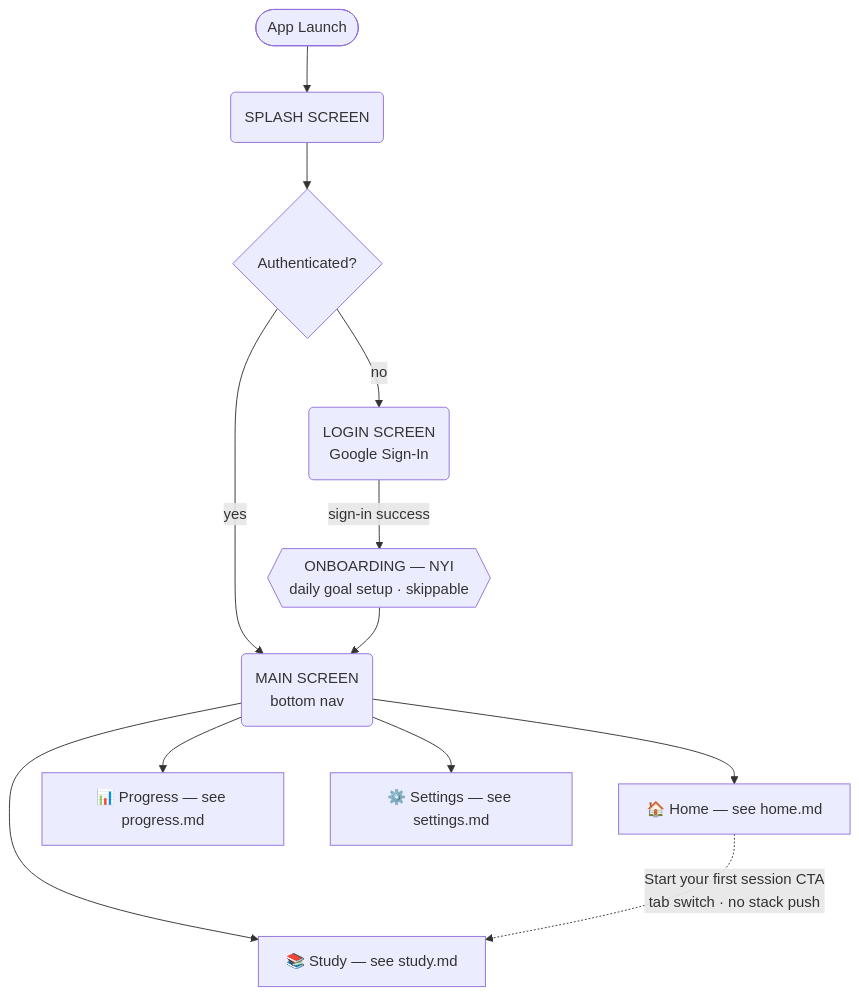
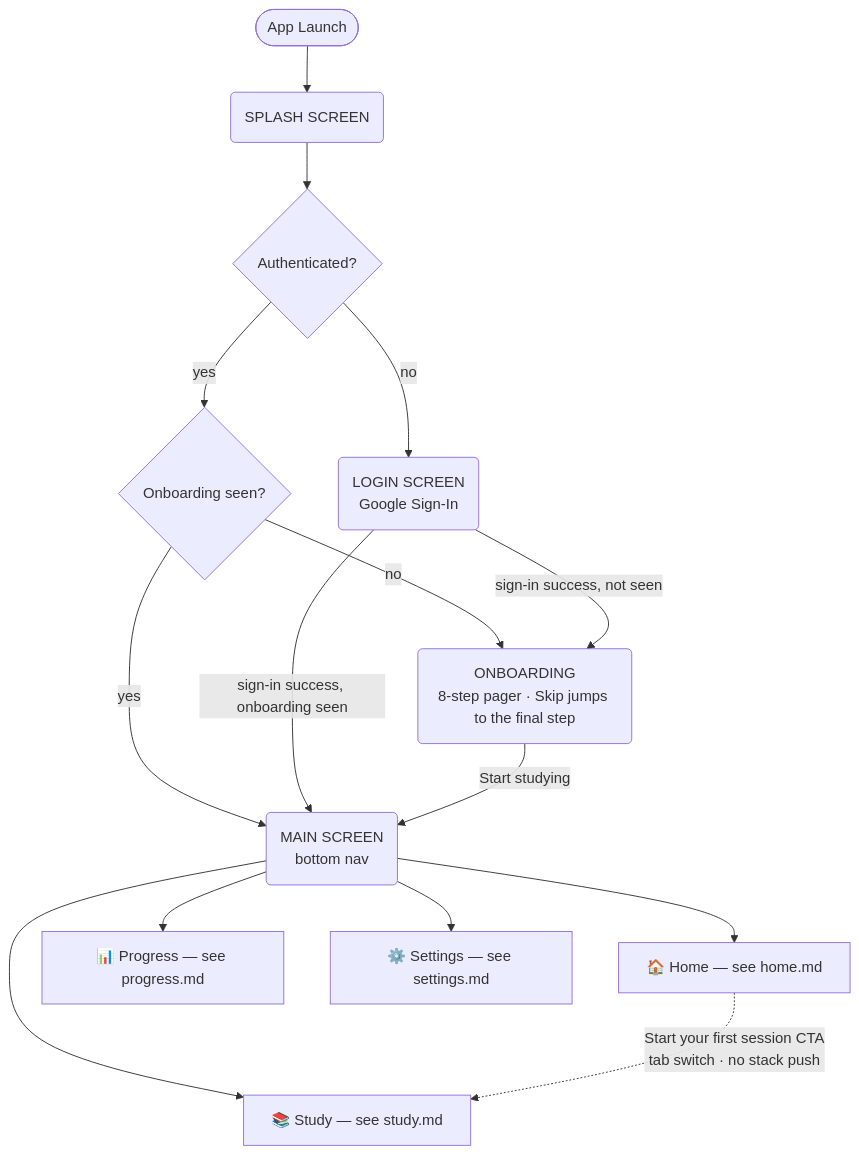
One commit to Haydart/Flashcards changed the diagram in docs/user-flow/main.md. Above: the diagram before and after it, drawn with Mermaid. The commit also changed 1 other file, not shown here.

Commit message:
docs: record onboarding flow implementation notes

````diff
--- a/docs/user-flow/main.md
+++ b/docs/user-flow/main.md
@@ -5,24 +5,27 @@
 ```mermaid
 flowchart TD
 
     %% Legend: (Screen)  [/Action/]  {Decision}  ([Entry/Exit])  {{NYI}}
 
     %% ── App Launch ────────────────────────────────────────────────
     AppLaunch([App Launch]) --> Splash(SPLASH SCREEN)
     Splash --> AuthCheck{Authenticated?}
-    AuthCheck -->|yes| NavRoot
+    AuthCheck -->|yes| SeenCheck{Onboarding seen?}
     AuthCheck -->|no| Login(LOGIN SCREEN\nGoogle Sign-In)
+    SeenCheck -->|yes| NavRoot
+    SeenCheck -->|no| Onboarding
 
-    Login -->|sign-in success| Onboarding{{ONBOARDING — NYI\ndaily goal setup · skippable}}
-    Onboarding --> NavRoot
+    Login -->|sign-in success, onboarding seen| NavRoot
+    Login -->|sign-in success, not seen| Onboarding(ONBOARDING\n8-step pager · Skip jumps to the final step)
+    Onboarding -->|Start studying| NavRoot
 
     %% ── Navigation Root ───────────────────────────────────────────
     NavRoot(MAIN SCREEN\nbottom nav)
     NavRoot --> HomeTab[🏠 Home — see home.md]
     NavRoot --> StudyTab[📚 Study — see study.md]
     NavRoot --> ProgressTab[📊 Progress — see progress.md]
     NavRoot --> SettingsTab[⚙️ Settings — see settings.md]
 
     %% ── Cross-tab ─────────────────────────────────────────────────
     HomeTab -.->|"Start your first session" CTA\ntab switch · no stack push| StudyTab
 ```
````
